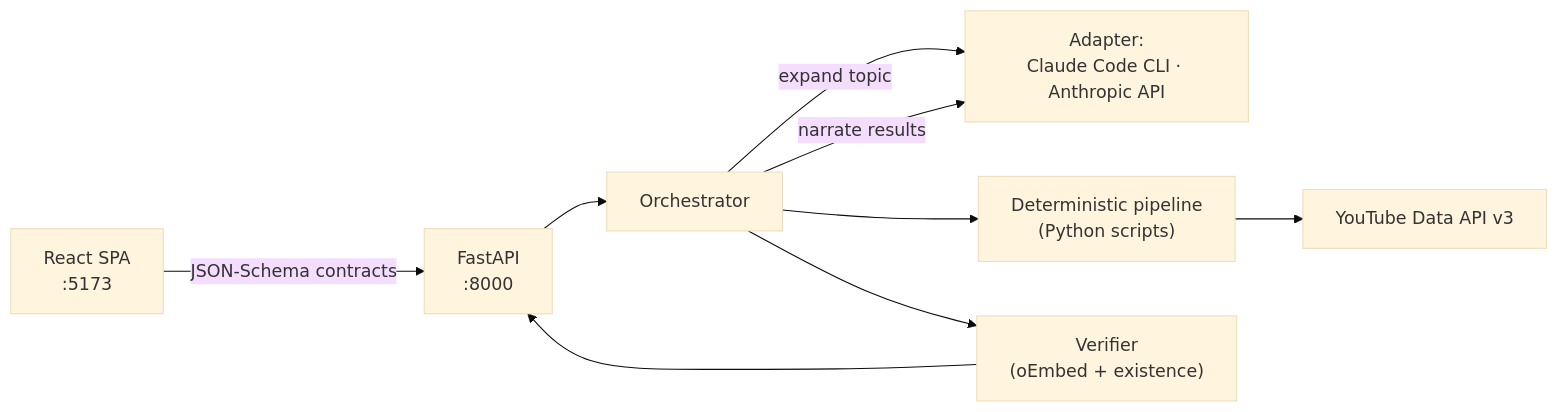
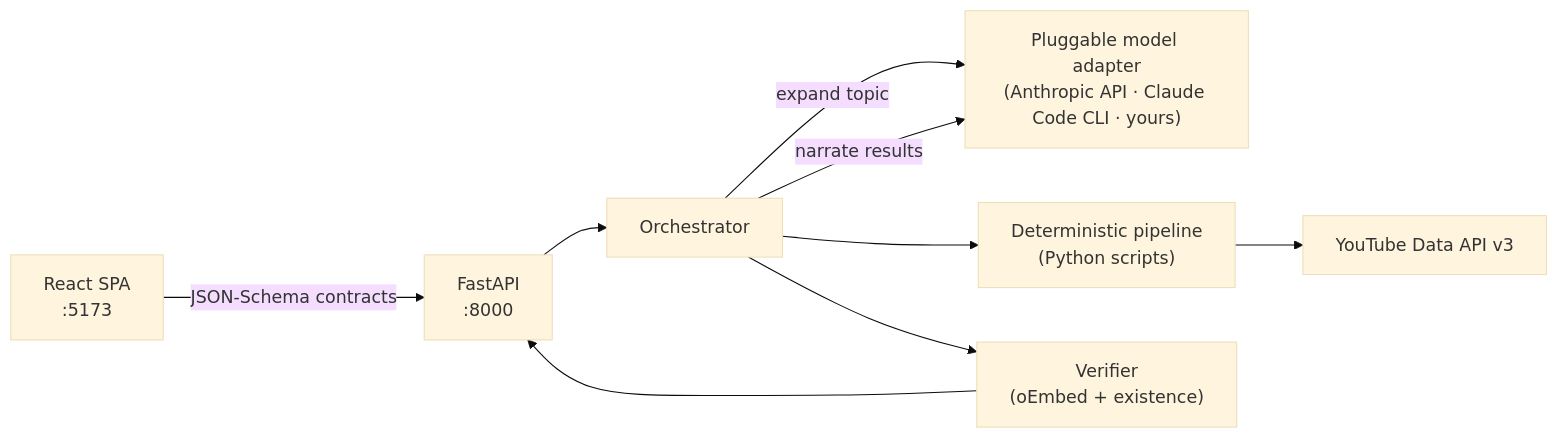
The diagram in README.md (shkuratovdesigner/yuben-app), drawn with Mermaid (base theme) before and after one commit. The commit also changed other lines of this file, not shown here.

First line of the commit message:
docs: make the README model-agnostic

````diff
--- a/README.md
+++ b/README.md
@@ -76,11 +89,11 @@
 ```mermaid
 flowchart LR
     UI["React SPA<br/>:5173"] -->|"JSON-Schema contracts"| API["FastAPI<br/>:8000"]
     API --> ORCH["Orchestrator"]
-    ORCH -->|"expand topic"| LLM["Adapter:<br/>Claude Code CLI · Anthropic API"]
+    ORCH -->|"expand topic"| LLM["Pluggable model adapter<br/>(Anthropic API · Claude Code CLI · yours)"]
     ORCH --> PIPE["Deterministic pipeline<br/>(Python scripts)"]
     PIPE --> YT["YouTube Data API v3"]
     ORCH -->|"narrate results"| LLM
     ORCH --> VER["Verifier<br/>(oEmbed + existence)"]
     VER --> API
 ```
````
